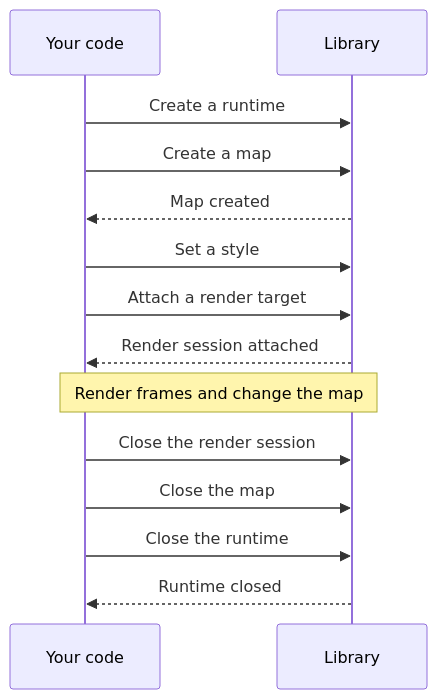
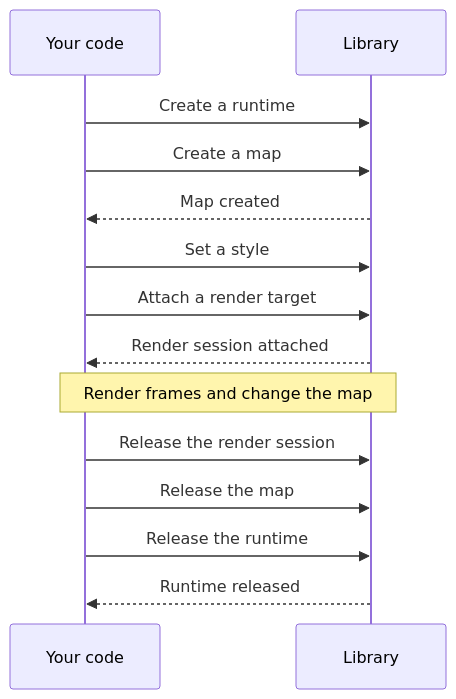
One commit to maplibre/maplibre-native-ffi changed the diagram in docs/src/content/docs/guides/create-a-map.mdx. Above: the diagram before and after it, drawn with Mermaid. The commit also changed other lines of this file and 317 other files, not shown here.

````diff
--- a/docs/src/content/docs/guides/create-a-map.mdx
+++ b/docs/src/content/docs/guides/create-a-map.mdx
@@ -23,17 +23,17 @@
 ```mermaid
 sequenceDiagram
   accTitle: The lifecycle of a runtime, a map, and a render session
   participant App as Your code
   participant Lib as Library
   App->>Lib: Create a runtime
   App->>Lib: Create a map
   Lib-->>App: Map created
   App->>Lib: Set a style
   App->>Lib: Attach a render target
   Lib-->>App: Render session attached
   Note over App,Lib: Render frames and change the map
-  App->>Lib: Close the render session
-  App->>Lib: Close the map
-  App->>Lib: Close the runtime
-  Lib-->>App: Runtime closed
+  App->>Lib: Release the render session
+  App->>Lib: Release the map
+  App->>Lib: Release the runtime
+  Lib-->>App: Runtime released
 ```
````
